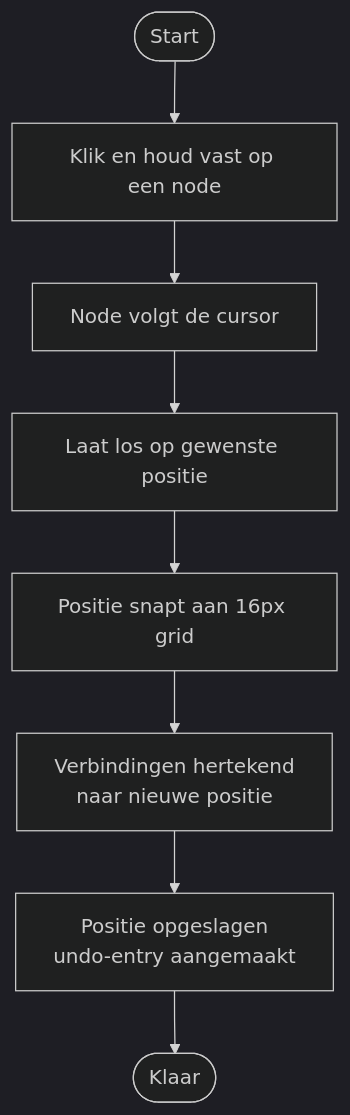
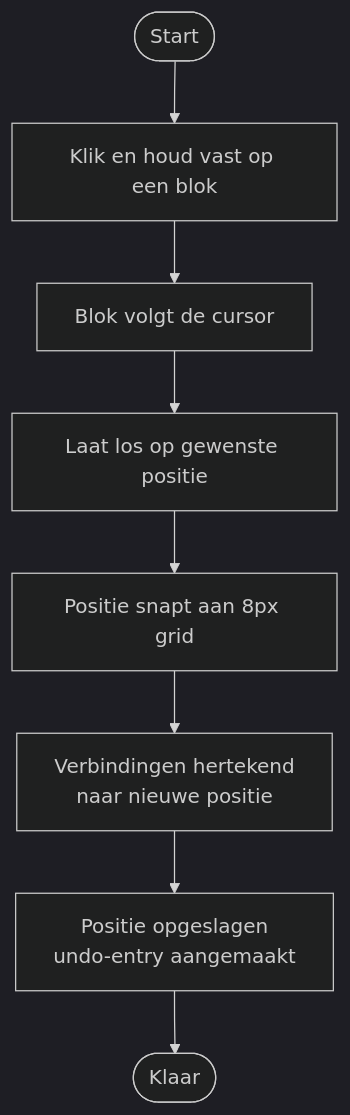
The third of 14 diagrams in USERFLOWS.md (GRJX/mmd-flowchart), drawn with Mermaid (dark theme) before and after one commit. The commit also changed other lines of this file and 1 other file, not shown here.

Commit message:
refactor: update flowchart syntax for clarity and consistency; enhance user flow descriptions

````diff
--- a/USERFLOWS.md
+++ b/USERFLOWS.md
@@ -63,10 +62,10 @@
 ```mermaid
 flowchart TD
-    A([Start]) --> B[Klik en houd vast op een node]
-    B --> C[Node volgt de cursor]
+    A([Start]) --> B[Klik en houd vast op een blok]
+    B --> C[Blok volgt de cursor]
     C --> D[Laat los op gewenste positie]
-    D --> E[Positie snapt aan 16px grid]
-    E --> F[Verbindingen hertekend\nnaar nieuwe positie]
-    F --> G[Positie opgeslagen\nundo-entry aangemaakt]
+    D --> E[Positie snapt aan 8px grid]
+    E --> F["Verbindingen hertekend<br>naar nieuwe positie"]
+    F --> G["Positie opgeslagen<br>undo-entry aangemaakt"]
     G --> H([Klaar])
 ```
````
